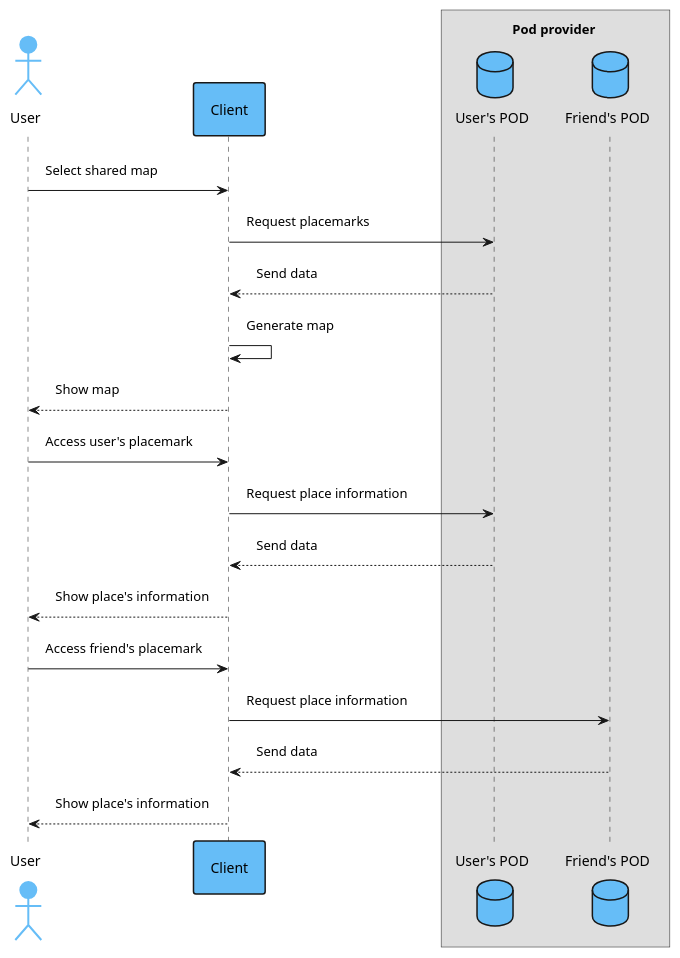
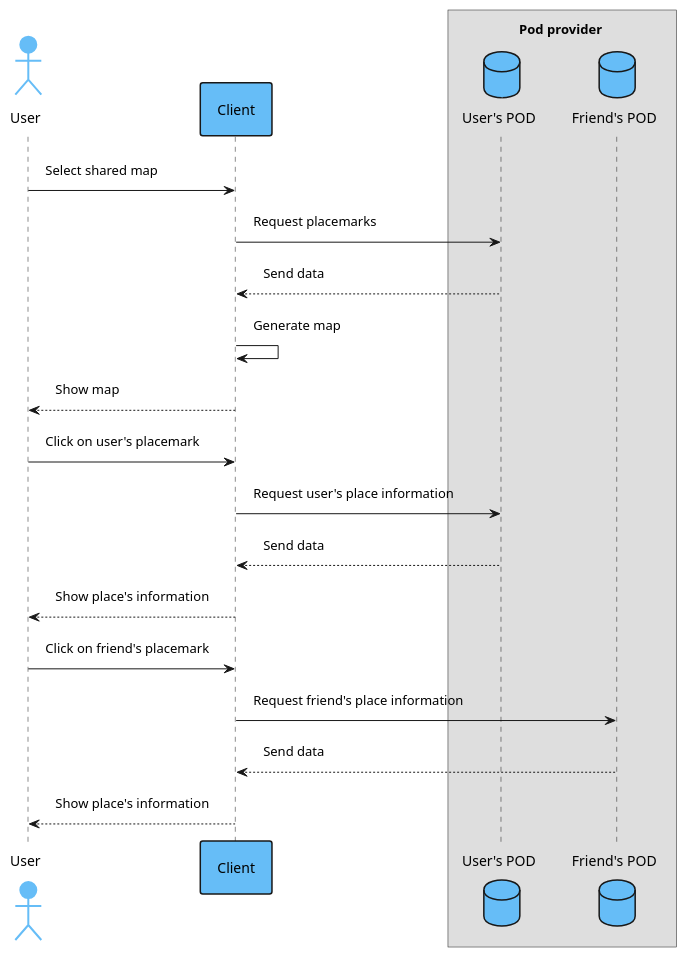
The fourth of 6 diagrams in docs/06_runtime_view.adoc (Arquisoft/lomap_en3a), drawn with PlantUML before and after one commit.

Commit message:
docs(runtime view): change shared map diagram

```diff
--- a/docs/06_runtime_view.adoc
+++ b/docs/06_runtime_view.adoc
@@ -159,46 +159,46 @@
 [plantuml,"shared_map",png]
 ----
 @startuml
 <style>
 root {
   Margin 40 5
 }
 </style>
 skinparam Padding 10
 skinparam ParticipantPadding 20
 skinparam BoxPadding 150
 
 skinparam ActorBackgroundColor #66bdf7
 skinparam ActorBorderColor #66bdf7
 skinparam ActorBorderThickness 2
 
 skinparam ParticipantBackgroundColor #66bdf7
 skinparam ParticipantBorderThickness 1.5
 
 skinparam DatabaseBackgroundColor #66bdf7
 
 Actor User as u
 Participant Client as c
 box Pod provider #dedede
     Database "User's POD" as up 
     Database "Friend's POD" as fp
 endbox
 
 u->c: Select shared map
 c->up: Request placemarks 
 c<--up: Send data
 c->c: Generate map
 u<--c: Show map
 
-u->c: Access user's placemark
-c->up: Request place information
+u->c: Click on user's placemark
+c->up: Request user's place information
 c<--up: Send data
 u<--c: Show place's information
 
-u->c: Access friend's placemark
-c->fp: Request place information
+u->c: Click on friend's placemark
+c->fp: Request friend's place information
 c<--fp: Send data
 u<--c: Show place's information
 
 @enduml
 ----
```
